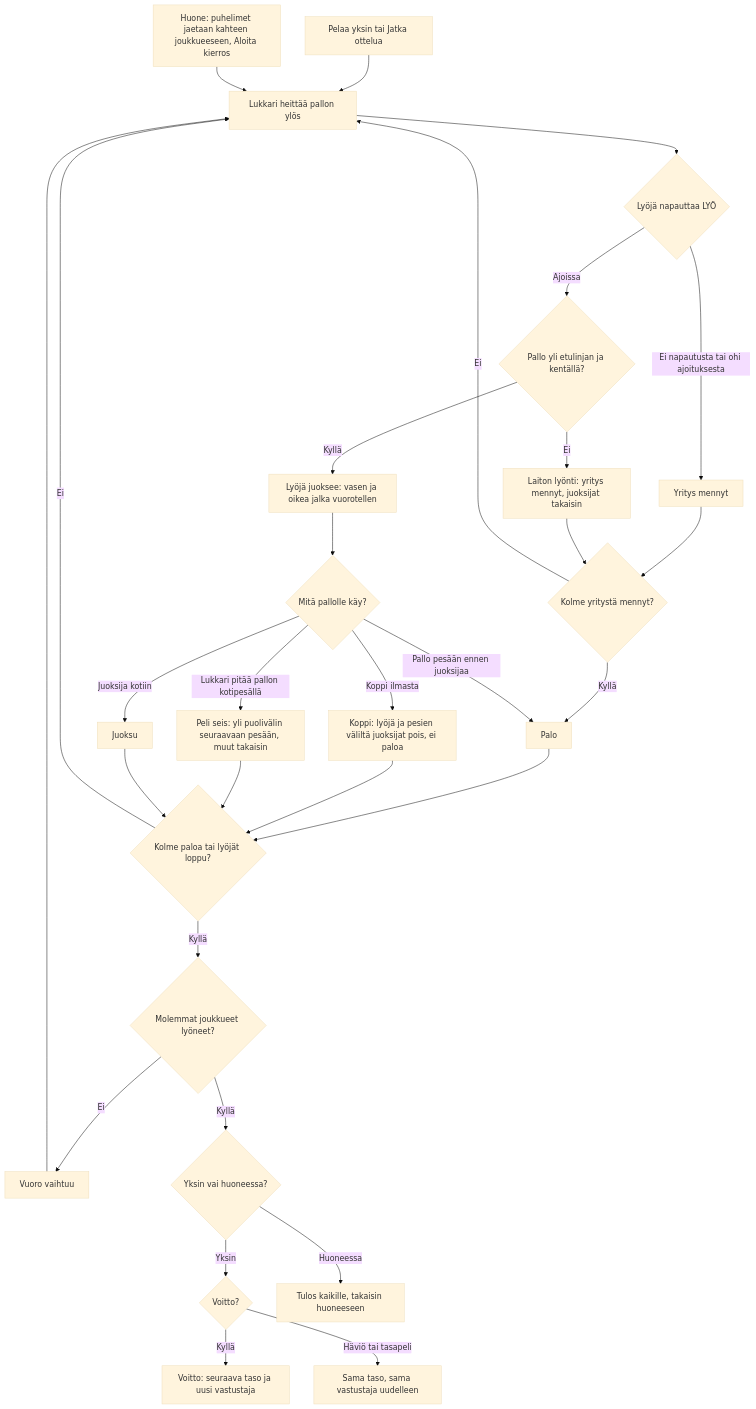
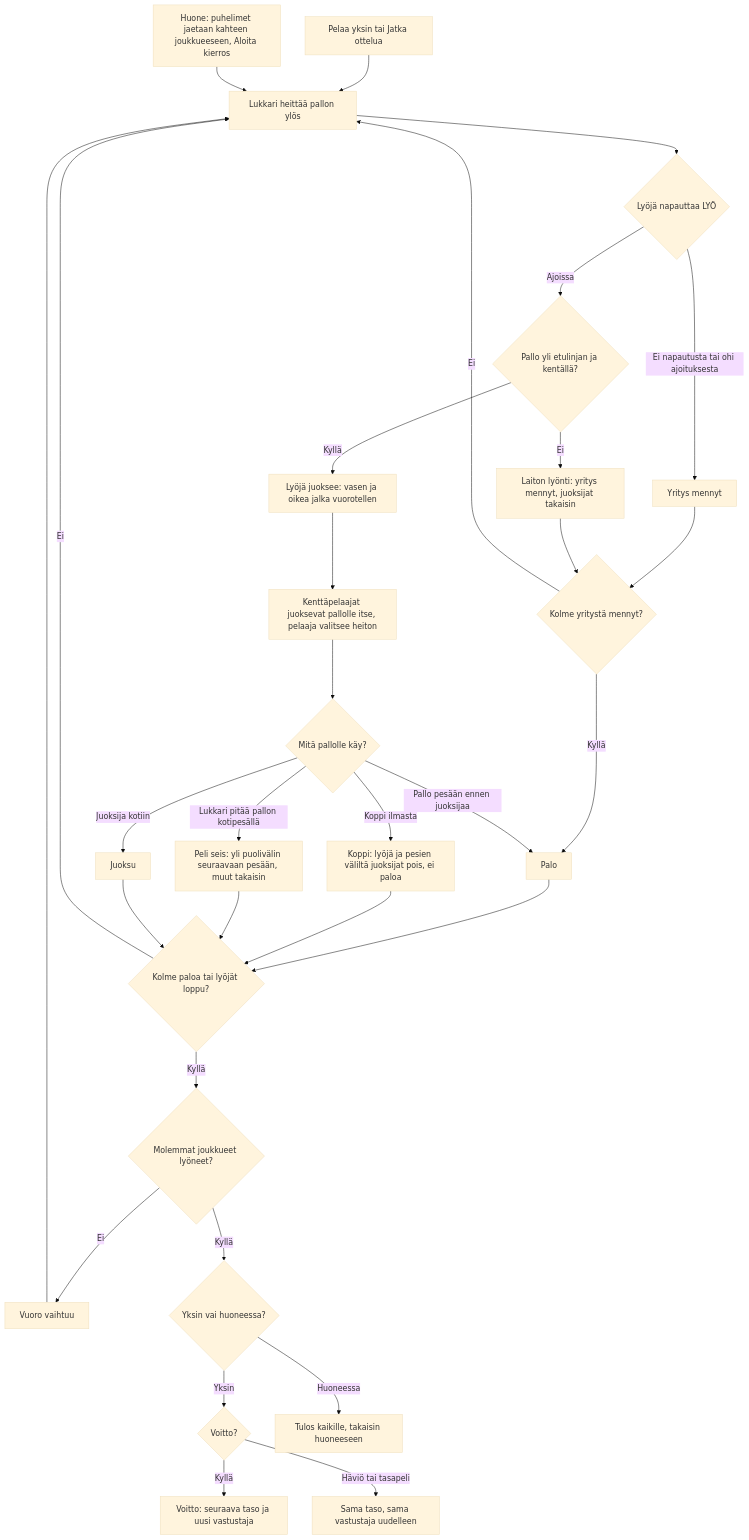
One commit to eerovil/ai-pelit changed the diagram in docs/diagrams/pesis.md. Above: the diagram before and after it, drawn with Mermaid (base theme). The commit also changed other lines of this file and 5 other files, not shown here.

````diff
--- a/docs/diagrams/pesis.md
+++ b/docs/diagrams/pesis.md
@@ -10,37 +11,38 @@
 ```mermaid
 flowchart TD
   A[Pelaa yksin tai Jatka ottelua] --> B[Lukkari heittää pallon ylös]
   R[Huone: puhelimet jaetaan kahteen joukkueeseen, Aloita kierros] --> B
   B --> C{Lyöjä napauttaa LYÖ}
   C -- Ei napautusta tai ohi ajoituksesta --> D[Yritys mennyt]
   C -- Ajoissa --> E{Pallo yli etulinjan ja kentällä?}
   E -- Ei --> F[Laiton lyönti: yritys mennyt, juoksijat takaisin]
   E -- Kyllä --> G[Lyöjä juoksee: vasen ja oikea jalka vuorotellen]
   D --> H{Kolme yritystä mennyt?}
   F --> H
   H -- Kyllä --> I[Palo]
   H -- Ei --> B
-  G --> J{Mitä pallolle käy?}
+  G --> W[Kenttäpelaajat juoksevat pallolle itse, pelaaja valitsee heiton]
+  W --> J{Mitä pallolle käy?}
   J -- Koppi ilmasta --> K[Koppi: lyöjä ja pesien väliltä juoksijat pois, ei paloa]
   J -- Pallo pesään ennen juoksijaa --> I
   J -- Lukkari pitää pallon kotipesällä --> L[Peli seis: yli puolivälin seuraavaan pesään, muut takaisin]
   J -- Juoksija kotiin --> M[Juoksu]
   I --> N{Kolme paloa tai lyöjät loppu?}
   K --> N
   L --> N
   M --> N
   N -- Ei --> B
   N -- Kyllä --> O{Molemmat joukkueet lyöneet?}
   O -- Ei --> P[Vuoro vaihtuu] --> B
   O -- Kyllä --> Q{Yksin vai huoneessa?}
   Q -- Yksin --> U{Voitto?}
   U -- Kyllä --> S[Voitto: seuraava taso ja uusi vastustaja]
   U -- Häviö tai tasapeli --> V[Sama taso, sama vastustaja uudelleen]
   Q -- Huoneessa --> T[Tulos kaikille, takaisin huoneeseen]
-  class A,B,G blue
+  class A,B,G,W blue
   class C,E,H,J,N,O,Q,U amber
   class M,L teal
   class D,F,I,K,V rose
   class R,T violet
   class S,P green
 ```
````
